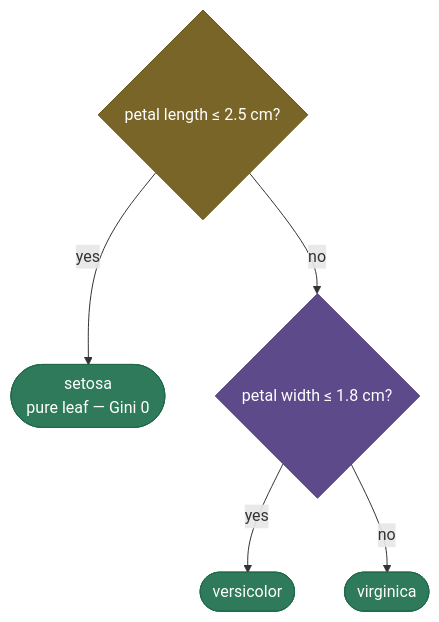
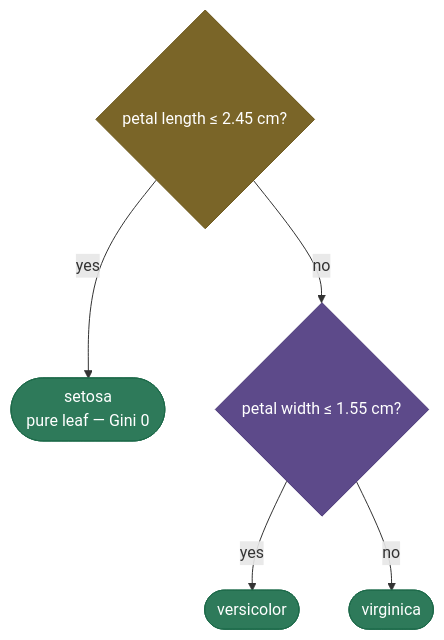
Before and after one commit to sudhir13s/AI-ML-learning-resources: the first of 2 diagrams in 03. Supervised_Learning/07-Decision-Trees/07-Decision-Trees.md, drawn with Mermaid. The commit also changed other lines of this file and 15 other files, not shown here.

````diff
--- a/03. Supervised_Learning/07-Decision-Trees/07-Decision-Trees.md
+++ b/03. Supervised_Learning/07-Decision-Trees/07-Decision-Trees.md
@@ -48,12 +50,12 @@
 ```mermaid
 graph TD
-    R{"petal length ≤ 2.5 cm?"}:::amber
+    R{"petal length ≤ 2.45 cm?"}:::amber
     R -->|"yes"| L1(["setosa<br/>pure leaf — Gini 0"]):::out
-    R -->|"no"| N{"petal width ≤ 1.8 cm?"}:::process
+    R -->|"no"| N{"petal width ≤ 1.55 cm?"}:::process
     N -->|"yes"| L2(["versicolor"]):::out
     N -->|"no"| L3(["virginica"]):::out
 
     classDef amber fill:#7A6528,stroke:#6A5518,color:#fff
     classDef process fill:#5D4A8A,stroke:#4D3A7A,color:#fff
     classDef out fill:#2E7A5A,stroke:#1E6A4A,color:#fff
 ```
````
